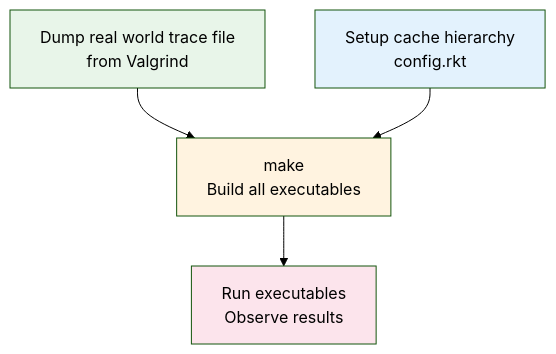
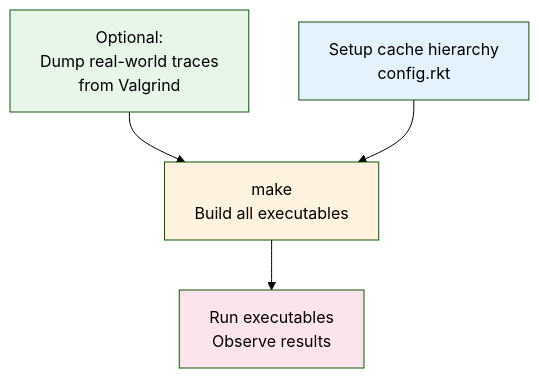
Before and after one commit to TheCloudlet/Stratum: the diagram in README.md, drawn with Mermaid (forest theme). The commit also changed other lines of this file, not shown here.

````diff
--- a/README.md
+++ b/README.md
@@ -31,13 +83,13 @@
 ```mermaid
 flowchart TD
-    A[Dump real world trace file<br/>from Valgrind] --> C
+    A[Optional:<br/>Dump real-world traces<br/>from Valgrind] --> C
     B[Setup cache hierarchy<br/>config.rkt] --> C
 
     C[make<br/>Build all executables]
     C --> D[Run executables<br/>Observe results]
 
     style A fill:#e8f5e9
     style B fill:#e3f2fd
     style C fill:#fff3e0
     style D fill:#fce4ec
 ```
````
